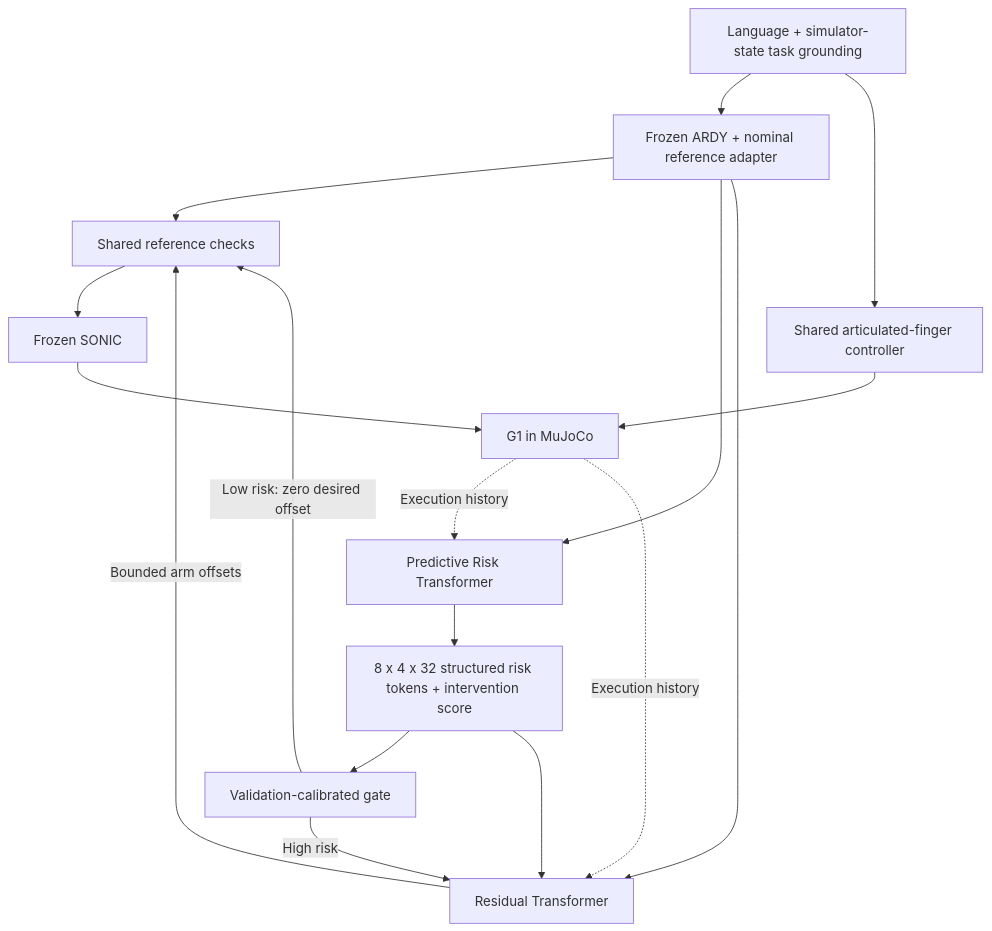
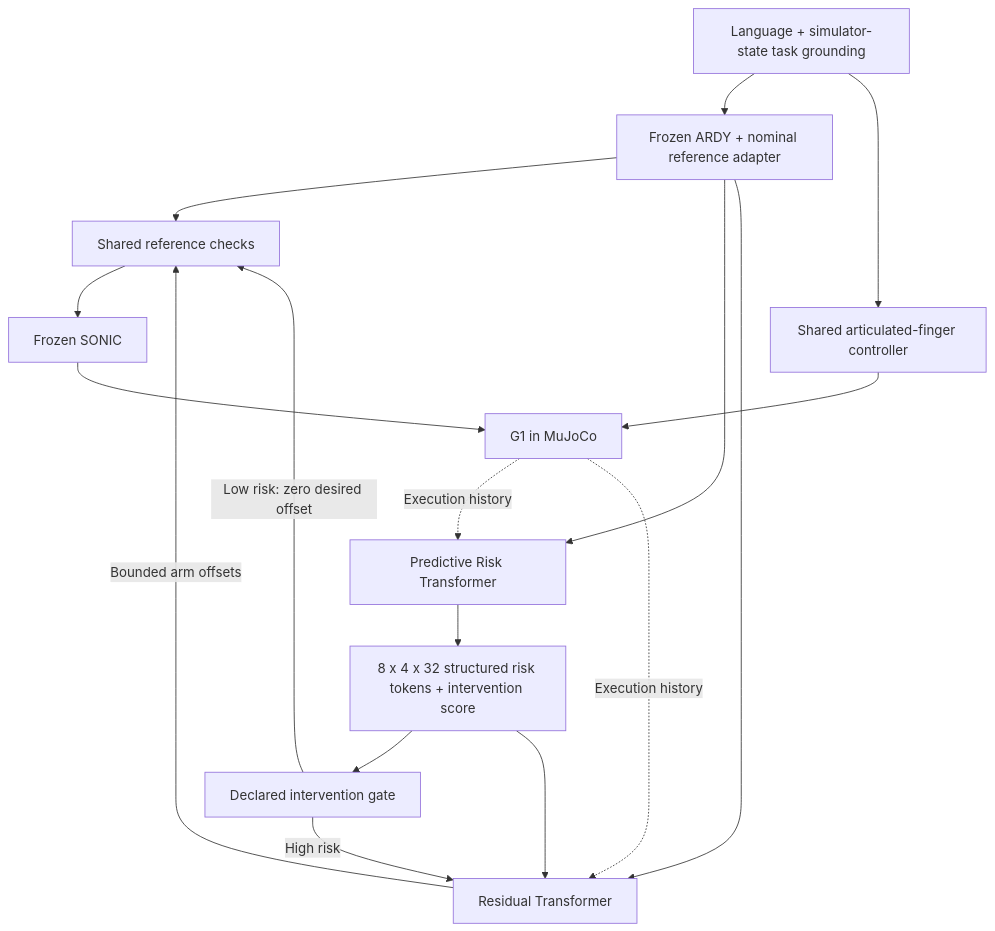
One commit to Peneplain/dl changed the second of 2 diagrams in README.md. Above: the diagram before and after it, drawn with Mermaid. The commit also changed other lines of this file and 86 other files, not shown here.

````diff
--- a/README.md
+++ b/README.md
@@ -74,19 +76,19 @@
 ```mermaid
 flowchart TB
     T[Language + simulator-state task grounding] --> A[Frozen ARDY + nominal reference adapter]
     A --> C[Shared reference checks]
     A --> R[Predictive Risk Transformer]
     G[G1 in MuJoCo] -. Execution history .-> R
     R --> Z[8 x 4 x 32 structured risk tokens + intervention score]
-    Z --> V[Validation-calibrated gate]
+    Z --> V[Declared intervention gate]
     V -->|High risk| P[Residual Transformer]
     Z --> P
     A --> P
     G -. Execution history .-> P
     P -->|Bounded arm offsets| C
     V -->|Low risk: zero desired offset| C
     C --> S[Frozen SONIC]
     S --> G
     T --> H[Shared articulated-finger controller]
     H --> G
 ```
````
